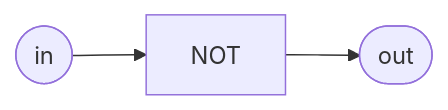
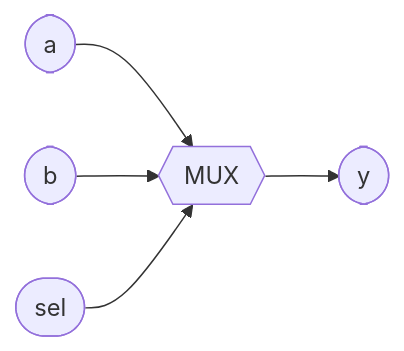
Before and after one commit to Weiyet/MakerCode_RTLChallenge: the diagram in track/verilog_zero2hero/0002/question.md, drawn with Mermaid. The commit also changed other lines of this file and 319 other files, not shown here.

````diff
--- a/track/verilog_zero2hero/0002/question.md
+++ b/track/verilog_zero2hero/0002/question.md
@@ -20,4 +28,7 @@
 ```mermaid
 graph LR
-    in([in]) --> N["NOT"] --> out([out])
+    a([a]) --> M{{"MUX"}}
+    b([b]) --> M
+    sel([sel]) --> M
+    M --> y([y])
 ```
````
